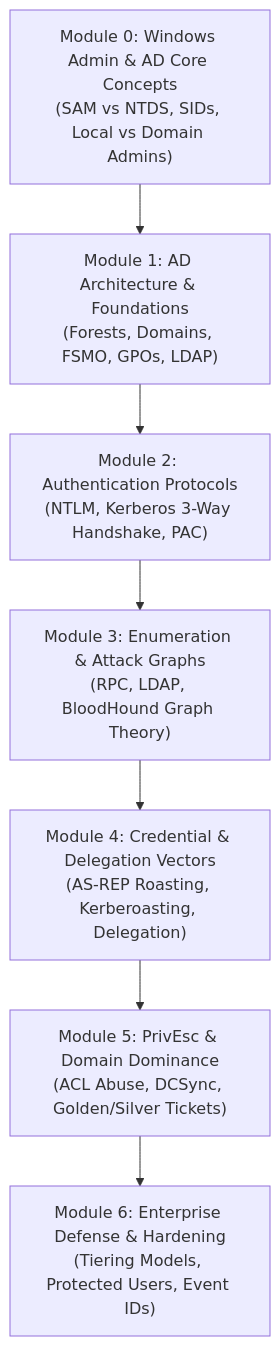
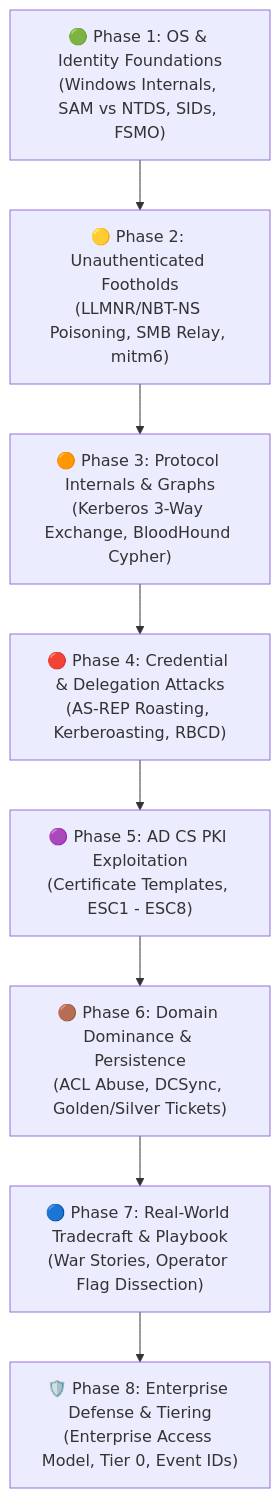
Before and after one commit to Shashi552/Active-Directory-Fundamentals: the diagram in README.md, drawn with Mermaid. The commit also changed other lines of this file, not shown here.

Commit message:
feat: implement 8-phase practical step-by-step learning pathway with indicators

````diff
--- a/README.md
+++ b/README.md
@@ -20,12 +11,13 @@
 ```mermaid
 flowchart TD
-    M0["Module 0: Windows Admin & AD Core Concepts<br/>(SAM vs NTDS, SIDs, Local vs Domain Admins)"]
-    M1["Module 1: AD Architecture & Foundations<br/>(Forests, Domains, FSMO, GPOs, LDAP)"]
-    M2["Module 2: Authentication Protocols<br/>(NTLM, Kerberos 3-Way Handshake, PAC)"]
-    M3["Module 3: Enumeration & Attack Graphs<br/>(RPC, LDAP, BloodHound Graph Theory)"]
-    M4["Module 4: Credential & Delegation Vectors<br/>(AS-REP Roasting, Kerberoasting, Delegation)"]
-    M5["Module 5: PrivEsc & Domain Dominance<br/>(ACL Abuse, DCSync, Golden/Silver Tickets)"]
-    M6["Module 6: Enterprise Defense & Hardening<br/>(Tiering Models, Protected Users, Event IDs)"]
+    P1["🟢 Phase 1: OS & Identity Foundations<br/>(Windows Internals, SAM vs NTDS, SIDs, FSMO)"]
+    P2["🟡 Phase 2: Unauthenticated Footholds<br/>(LLMNR/NBT-NS Poisoning, SMB Relay, mitm6)"]
+    P3["🟠 Phase 3: Protocol Internals & Graphs<br/>(Kerberos 3-Way Exchange, BloodHound Cypher)"]
+    P4["🔴 Phase 4: Credential & Delegation Attacks<br/>(AS-REP Roasting, Kerberoasting, RBCD)"]
+    P5["🟣 Phase 5: AD CS PKI Exploitation<br/>(Certificate Templates, ESC1 - ESC8)"]
+    P6["🟤 Phase 6: Domain Dominance & Persistence<br/>(ACL Abuse, DCSync, Golden/Silver Tickets)"]
+    P7["🔵 Phase 7: Real-World Tradecraft & Playbook<br/>(War Stories, Operator Flag Dissection)"]
+    P8["🛡️ Phase 8: Enterprise Defense & Tiering<br/>(Enterprise Access Model, Tier 0, Event IDs)"]
 
-    M0 --> M1 --> M2 --> M3 --> M4 --> M5 --> M6
+    P1 --> P2 --> P3 --> P4 --> P5 --> P6 --> P7 --> P8
 ```
````
